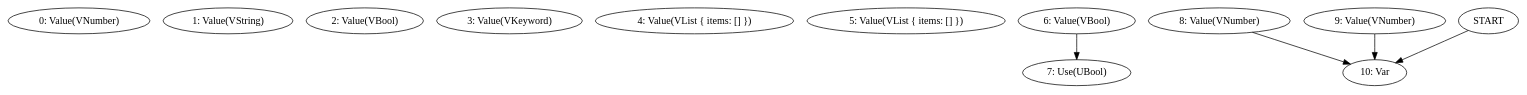
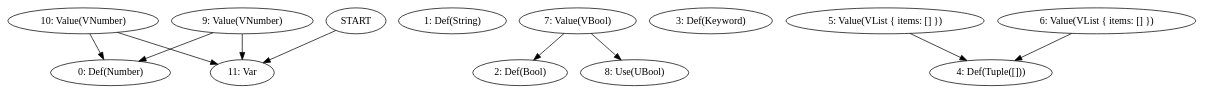
Before and after one commit to frondeus/project-s: the second of 2 diagrams in docs/log/2025-06-16.md, drawn with Graphviz. The commit also changed other lines of this file and 52 other files, not shown here.

````diff
--- a/docs/log/2025-06-16.md
+++ b/docs/log/2025-06-16.md
@@ -54,20 +59,26 @@
 ```graphviz
 digraph G {
-N0 [label="0: Value(VNumber)"];
-N1 [label="1: Value(VString)"];
-N2 [label="2: Value(VBool)"];
-N3 [label="3: Value(VKeyword)"];
-N4 [label="4: Value(VList { items: [] })"];
+N0 [label="0: Def(Number)"];
+N1 [label="1: Def(String)"];
+N2 [label="2: Def(Bool)"];
+N3 [label="3: Def(Keyword)"];
+N4 [label="4: Def(Tuple([]))"];
 N5 [label="5: Value(VList { items: [] })"];
-N6 [label="6: Value(VBool)"];
-N7 [label="7: Use(UBool)"];
-N8 [label="8: Value(VNumber)"];
+N6 [label="6: Value(VList { items: [] })"];
+N7 [label="7: Value(VBool)"];
+N8 [label="8: Use(UBool)"];
 N9 [label="9: Value(VNumber)"];
-N10 [label="10: Var"];
-START -> N10
-N6 -> N7;
-N8 -> N10;
-N9 -> N10;
+N10 [label="10: Value(VNumber)"];
+N11 [label="11: Var"];
+START -> N11
+N5 -> N4;
+N6 -> N4;
+N7 -> N2;
+N7 -> N8;
+N9 -> N0;
+N9 -> N11;
+N10 -> N0;
+N10 -> N11;
 }
 
 ```
````
